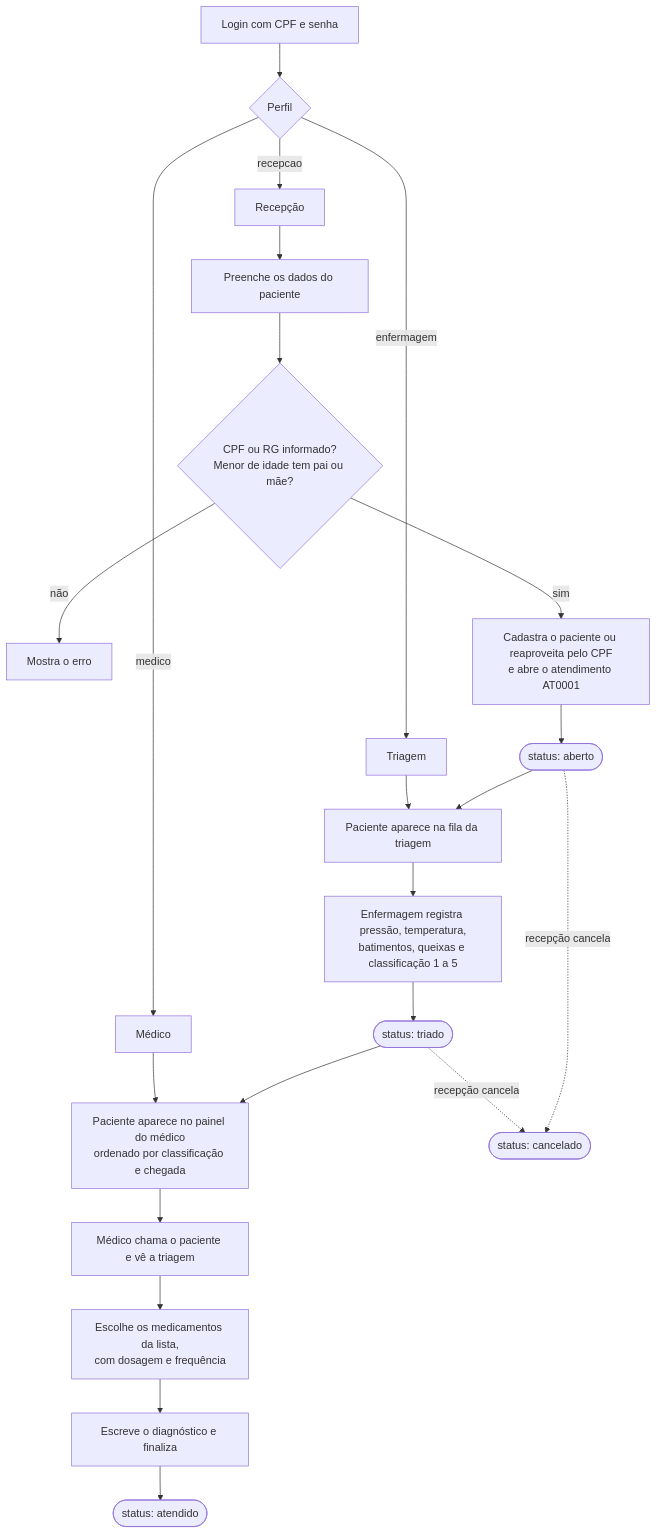
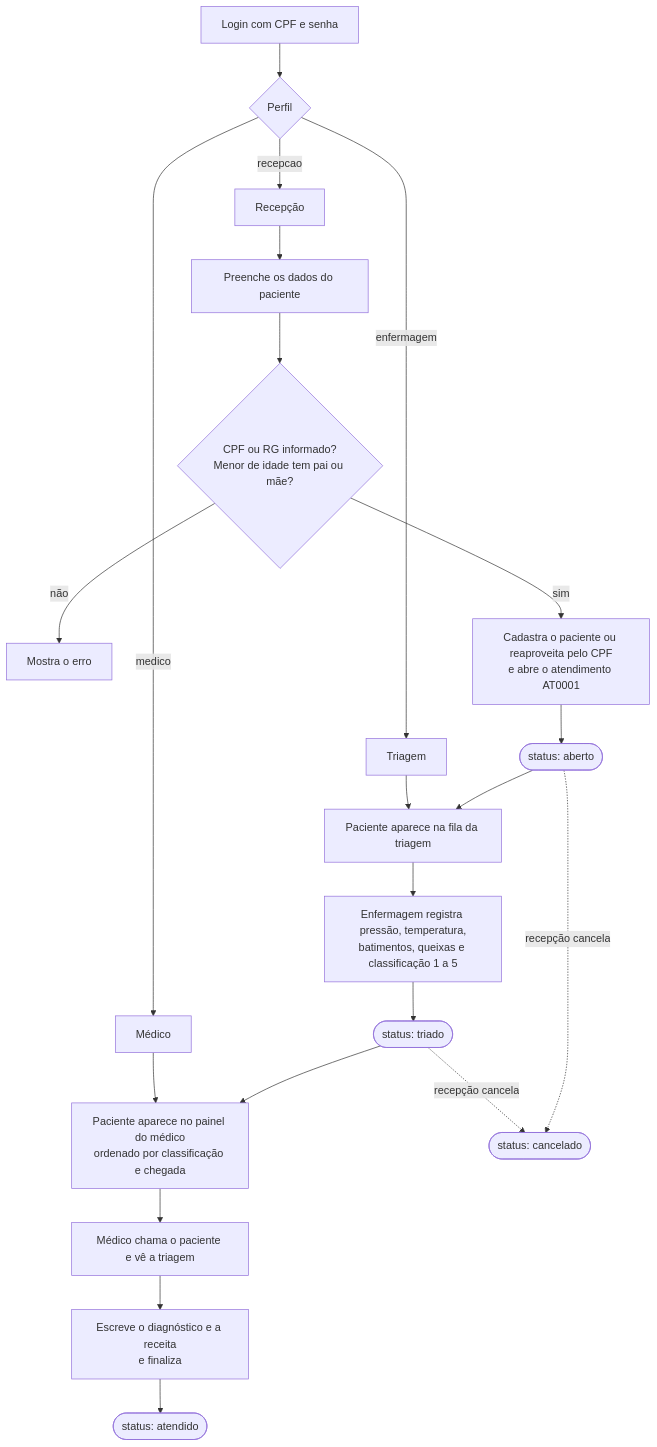
The first of 2 diagrams in README.md (OtavioFelix-in/Projeto-Integrador2), drawn with Mermaid before and after one commit. The commit also changed other lines of this file and 11 other files, not shown here.

First line of the commit message:
Sessão no servidor com perfil por rota, receita em texto livre e correção do Voltar/Avançar

````diff
--- a/README.md
+++ b/README.md
@@ -75,28 +75,27 @@
 ```mermaid
 flowchart TD
     L[Login com CPF e senha] --> P{Perfil}
     P -->|recepcao| R[Recepção]
     P -->|enfermagem| T[Triagem]
     P -->|medico| M[Médico]
 
     R --> R1[Preenche os dados do paciente]
     R1 --> R2{CPF ou RG informado?<br/>Menor de idade tem pai ou mãe?}
     R2 -->|não| R3[Mostra o erro]
     R2 -->|sim| R4[Cadastra o paciente ou reaproveita pelo CPF<br/>e abre o atendimento AT0001]
     R4 --> S1([status: aberto])
 
     S1 --> T1[Paciente aparece na fila da triagem]
     T --> T1
     T1 --> T2[Enfermagem registra pressão, temperatura,<br/>batimentos, queixas e classificação 1 a 5]
     T2 --> S2([status: triado])
 
     S2 --> M1[Paciente aparece no painel do médico<br/>ordenado por classificação e chegada]
     M --> M1
     M1 --> M2[Médico chama o paciente e vê a triagem]
-    M2 --> M3[Escolhe os medicamentos da lista,<br/>com dosagem e frequência]
-    M3 --> M4[Escreve o diagnóstico e finaliza]
+    M2 --> M4[Escreve o diagnóstico e a receita<br/>e finaliza]
     M4 --> S3([status: atendido])
 
     S1 -.->|recepção cancela| C([status: cancelado])
     S2 -.->|recepção cancela| C
 ```
````
